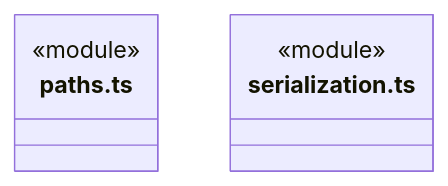
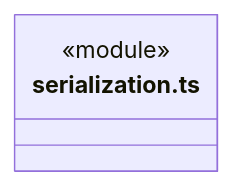
Before and after one commit to nan023062/cbim: the second of 5 diagrams in src/backend/core/foundation/ARCHITECTURE.md, drawn with Mermaid. The commit also changed other lines of this file and 124 other files, not shown here.

````diff
--- a/src/backend/core/foundation/ARCHITECTURE.md
+++ b/src/backend/core/foundation/ARCHITECTURE.md
@@ -45,9 +44,6 @@
 ```mermaid
 classDiagram
-class N_src_backend_core_foundation_paths_ts["paths.ts"] {
-  <<module>>
-}
 class N_src_backend_core_foundation_serialization_ts["serialization.ts"] {
   <<module>>
 }
 ```
````
